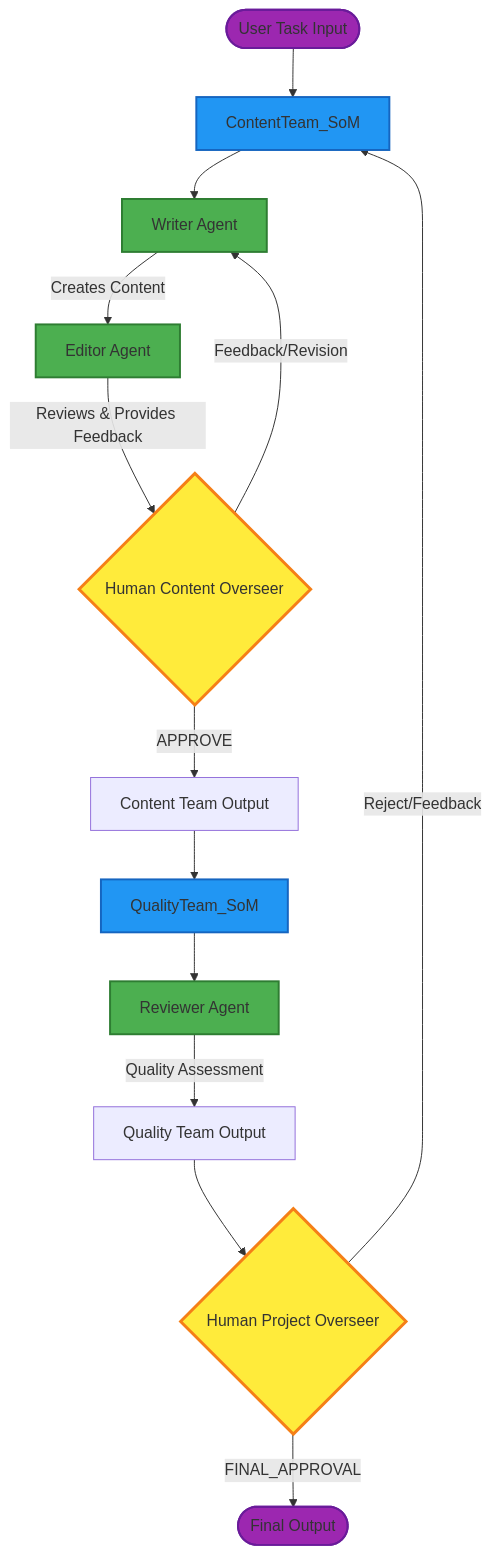
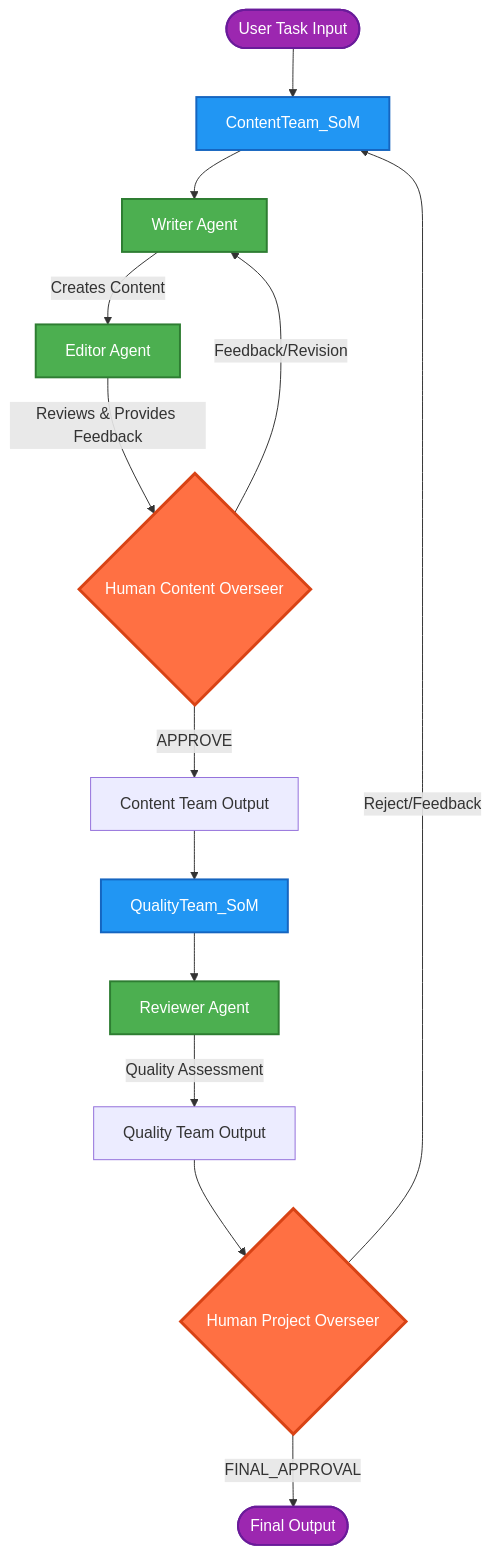
One commit to avnishs17/society_of_minds_autogen changed the diagram in README.md. Above: the diagram before and after it, drawn with Mermaid.

````diff
--- a/README.md
+++ b/README.md
@@ -26,35 +26,35 @@
 ```mermaid
 graph TD
     START([User Task Input]) --> CTS[ContentTeam_SoM]
     
     %% Content Creation Team Flow
     CTS --> W[Writer Agent]
     W -->|Creates Content| E[Editor Agent]
     E -->|Reviews & Provides Feedback| HCO{Human Content Overseer}
     
     HCO -->|APPROVE| CTS_OUT[Content Team Output]
     HCO -->|Feedback/Revision| W
     
     %% Outer Team Flow  
     CTS_OUT --> QTS[QualityTeam_SoM]
     
     %% Quality Assurance Flow
     QTS --> R[Reviewer Agent]
     R -->|Quality Assessment| QTS_OUT[Quality Team Output]
     
     %% Final Approval Flow
     QTS_OUT --> HPO{Human Project Overseer}
     HPO -->|FINAL_APPROVAL| END([Final Output])
     HPO -->|Reject/Feedback| CTS
     
     %% Styling
-    classDef humanNode fill:#ffeb3b,stroke:#f57f17,stroke-width:3px
-    classDef agentNode fill:#4caf50,stroke:#2e7d32,stroke-width:2px
-    classDef teamNode fill:#2196f3,stroke:#1565c0,stroke-width:2px
-    classDef startEnd fill:#9c27b0,stroke:#6a1b9a,stroke-width:2px
+    classDef humanNode fill:#ff7043,stroke:#d84315,stroke-width:3px,color:#ffffff
+    classDef agentNode fill:#4caf50,stroke:#2e7d32,stroke-width:2px,color:#ffffff
+    classDef teamNode fill:#2196f3,stroke:#1565c0,stroke-width:2px,color:#ffffff
+    classDef startEnd fill:#9c27b0,stroke:#6a1b9a,stroke-width:2px,color:#ffffff
     
     class HCO,HPO humanNode
     class W,E,R agentNode
     class CTS,QTS teamNode
     class START,END startEnd
 ```
````
